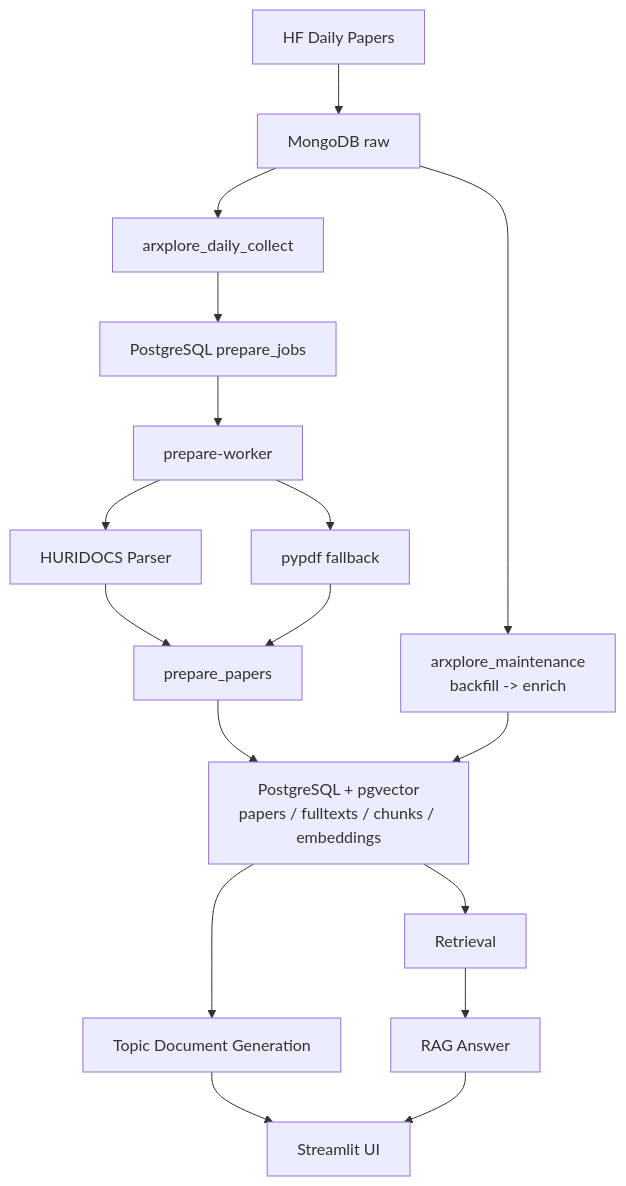
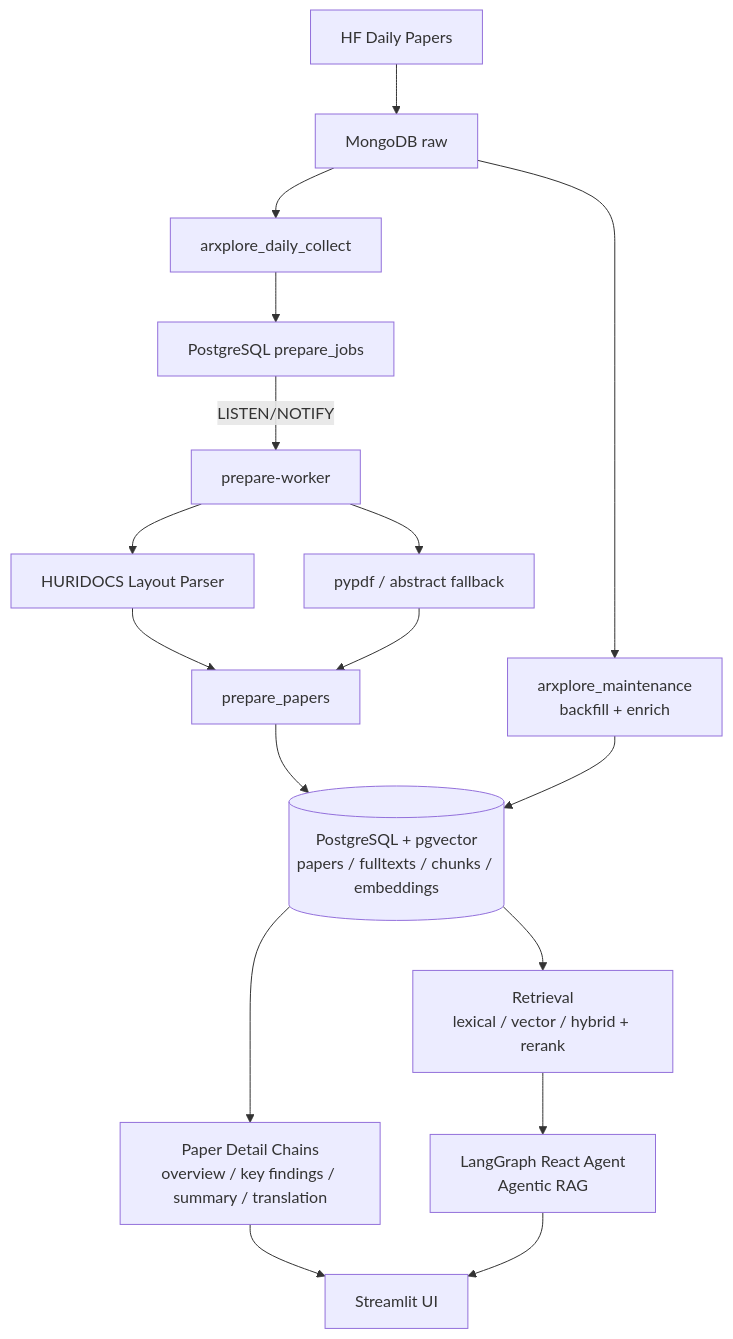
One commit to SKNETWORKS-FAMILY-AICAMP/SKN25-4th-2Team changed the diagram in README.md. Above: the diagram before and after it, drawn with Mermaid. The commit also changed other lines of this file, not shown here.

Commit message:
docs: rewrite README with updated architecture and deliverables

````diff
--- a/README.md
+++ b/README.md
@@ -17,19 +18,19 @@
 ```mermaid
 flowchart TD
     A[HF Daily Papers] --> B[MongoDB raw]
     B --> C[arxplore_daily_collect]
-    C --> D[PostgreSQL prepare_jobs]
-    D --> E[prepare-worker]
-    E --> F[HURIDOCS Parser]
-    E --> G[pypdf fallback]
-    F --> H[prepare_papers]
-    G --> H
-    H --> I[PostgreSQL + pgvector<br/>papers / fulltexts / chunks / embeddings]
-    B --> J[arxplore_maintenance<br/>backfill -> enrich]
-    J --> I
-    I --> K[Retrieval]
-    I --> L[Topic Document Generation]
-    K --> M[RAG Answer]
+    B --> D[arxplore_maintenance<br/>backfill + enrich]
+    C --> E[PostgreSQL prepare_jobs]
+    E -->|LISTEN/NOTIFY| F[prepare-worker]
+    F --> G[HURIDOCS Layout Parser]
+    F --> H[pypdf / abstract fallback]
+    G --> I[prepare_papers]
+    H --> I
+    I --> J[(PostgreSQL + pgvector<br/>papers / fulltexts / chunks / embeddings)]
+    D --> J
+    J --> K[Retrieval<br/>lexical / vector / hybrid + rerank]
+    J --> L[Paper Detail Chains<br/>overview / key findings / summary / translation]
+    K --> M[LangGraph React Agent<br/>Agentic RAG]
     L --> N[Streamlit UI]
     M --> N
 ```
````
